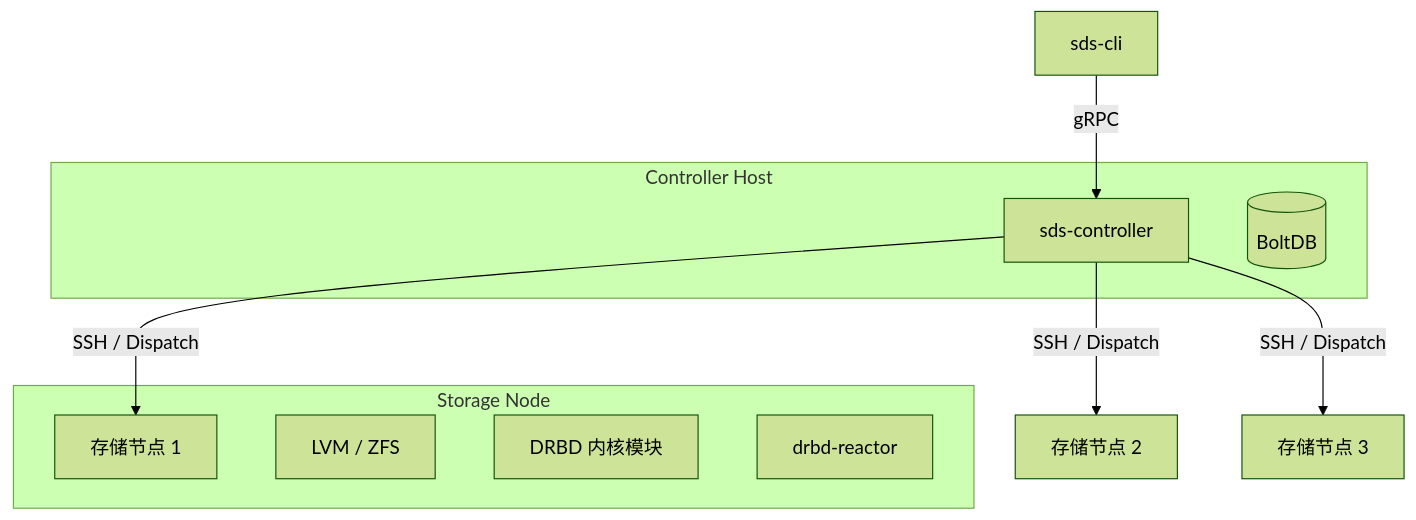
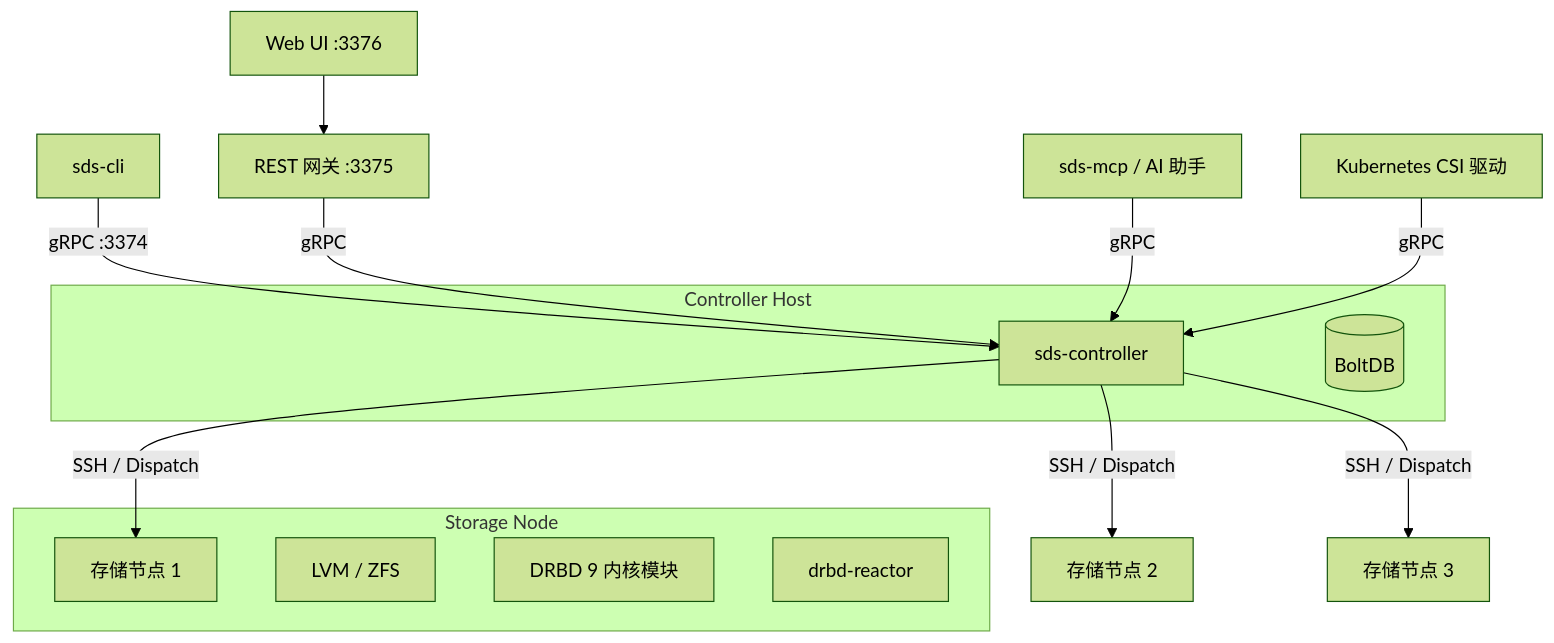
One commit to haify-project/sds changed the diagram in README_cn.md. Above: the diagram before and after it, drawn with Mermaid (forest theme). The commit also changed other lines of this file and 1 other file, not shown here.

````diff
--- a/README_cn.md
+++ b/README_cn.md
@@ -11,20 +11,24 @@
 ```mermaid
 graph TD
-    CLI[sds-cli] -->|gRPC| CTRL[sds-controller]
+    CLI[sds-cli] -->|gRPC :3374| CTRL[sds-controller]
+    UI[Web UI :3376] --> REST[REST 网关 :3375]
+    REST -->|gRPC| CTRL
+    MCP[sds-mcp / AI 助手] -->|gRPC| CTRL
+    K8S[Kubernetes CSI 驱动] -->|gRPC| CTRL
 
     subgraph Controller Host
     CTRL
     DB[(BoltDB)]
     end
 
     CTRL -->|SSH / Dispatch| Node1[存储节点 1]
     CTRL -->|SSH / Dispatch| Node2[存储节点 2]
     CTRL -->|SSH / Dispatch| Node3[存储节点 3]
 
     subgraph Storage Node
     Node1
     LVM[LVM / ZFS]
-    DRBD[DRBD 内核模块]
+    DRBD[DRBD 9 内核模块]
     Reactor[drbd-reactor]
     end
 ```
````
